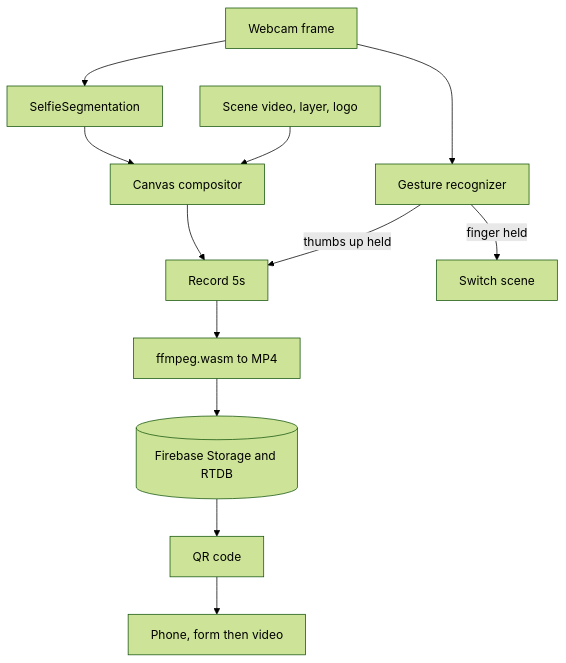
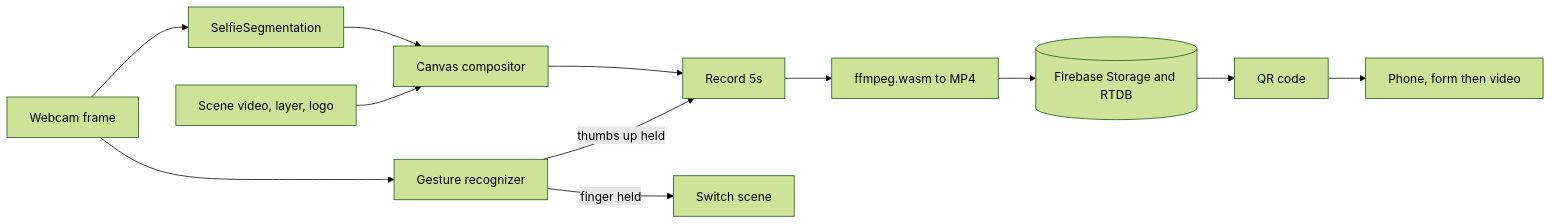
The diagram in README.md (aenoriss/epic-mirror), drawn with Mermaid (forest theme) before and after one commit.

Commit message:
docs: make architecture diagram horizontal

````diff
--- a/README.md
+++ b/README.md
@@ -22,12 +22,12 @@
 ```mermaid
-flowchart TD
+flowchart LR
   CAM[Webcam frame] --> SEG[SelfieSegmentation]
   CAM --> GES[Gesture recognizer]
   SEG --> C[Canvas compositor]
   BG[Scene video, layer, logo] --> C
   GES -->|thumbs up held| REC[Record 5s]
   GES -->|finger held| SW[Switch scene]
   C --> REC --> FF[ffmpeg.wasm to MP4]
   FF --> FS[(Firebase Storage and RTDB)]
   FS --> QR[QR code] --> PH[Phone, form then video]
 ```
````
